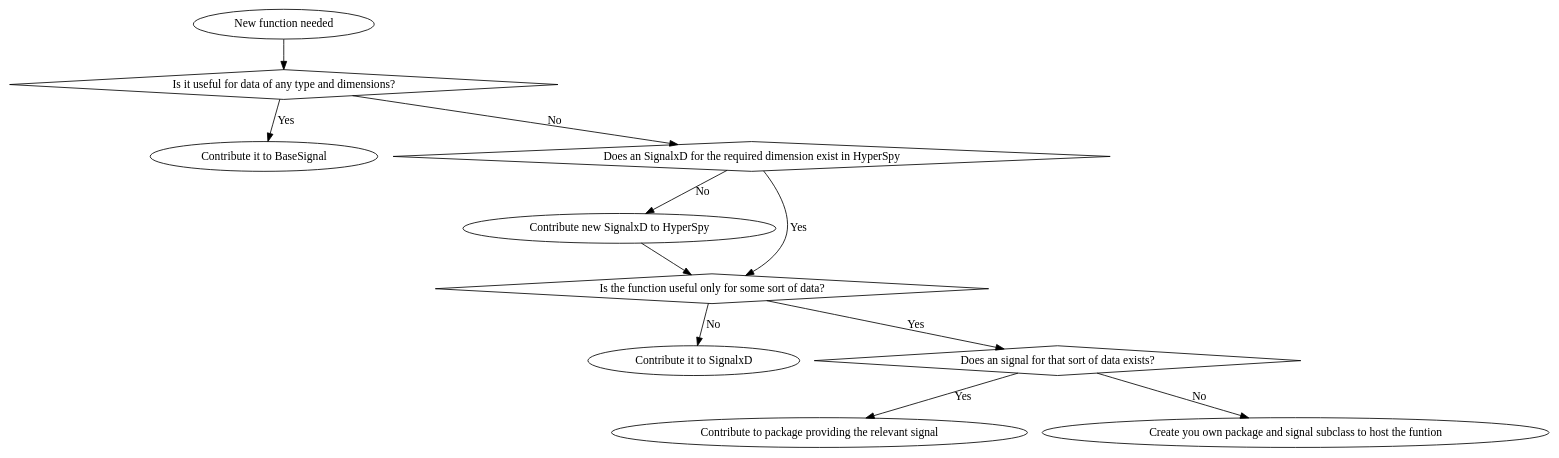
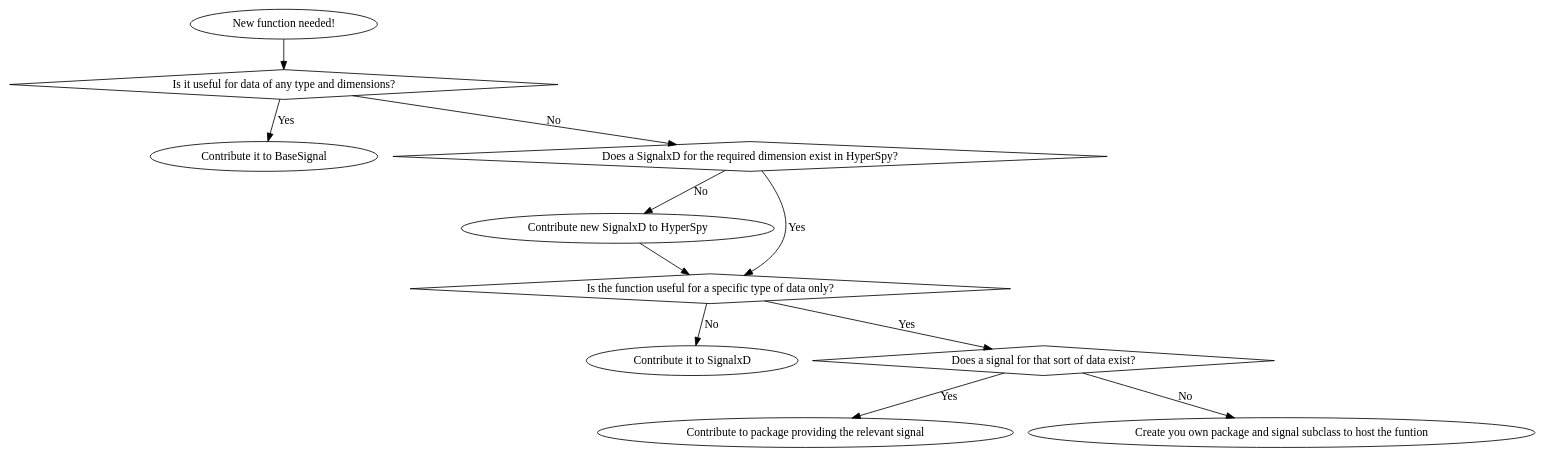
Before and after one commit to hyperspy/hyperspy: the second of 4 diagrams in doc/dev_guide/writing_extensions.rst, drawn with Graphviz. The commit also changed other lines of this file and 10 other files, not shown here.

```diff
--- a/doc/dev_guide/writing_extensions.rst
+++ b/doc/dev_guide/writing_extensions.rst
@@ -115,25 +115,25 @@
 .. graphviz::
 
     digraph G {
-         A [label="New function needed"]
+         A [label="New function needed!"]
          B [label="Is it useful for data of any type and dimensions?",shape="diamond"]
          C [label="Contribute it to BaseSignal"]
-         D [label="Does an SignalxD for the required dimension exist in HyperSpy",shape="diamond"]
+         D [label="Does a SignalxD for the required dimension exist in HyperSpy?",shape="diamond"]
          E [label="Contribute new SignalxD to HyperSpy"]
-         F [label="Is the function useful only for some sort of data?",shape="diamond"]
+         F [label="Is the function useful for a specific type of data only?",shape="diamond"]
          G [label="Contribute it to SignalxD"]
-         H [label="Does an signal for that sort of data exists?",shape="diamond"]
+         H [label="Does a signal for that sort of data exist?",shape="diamond"]
          I [label="Contribute to package providing the relevant signal"]
          J [label="Create you own package and signal subclass to host the funtion"]
          A->B
          B->C [label="Yes"]
          B->D [label="No"]
          D->F [label="Yes"]
          D->E [label="No"]
          E->F
          F->H [label="Yes"]
          F->G [label="No"]
          H->I [label="Yes"]
          H->J [label="No"]
 
     }
```
